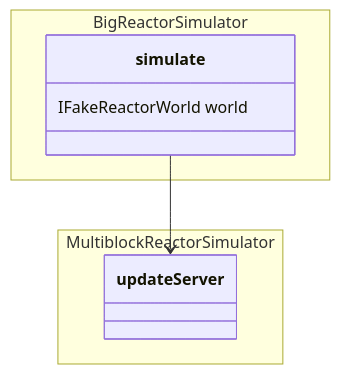
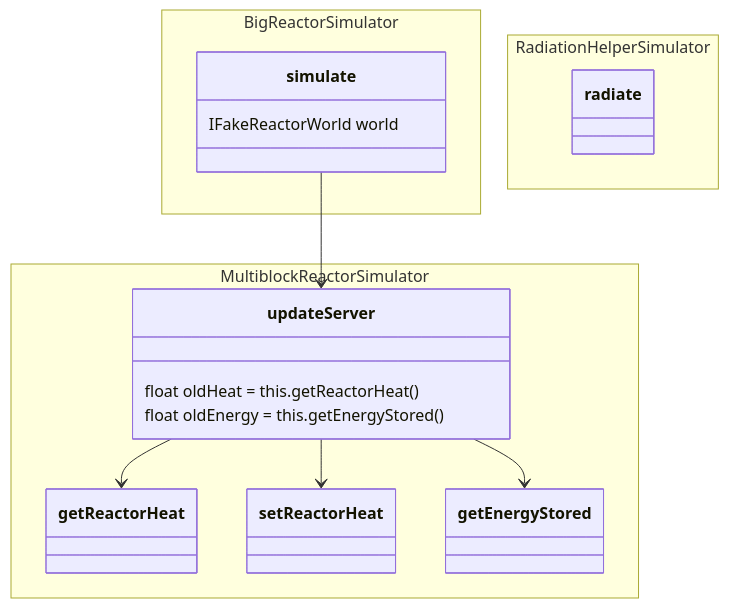
The diagram in documentation/Simulator V1.md (Geldra/reactor_simulator), drawn with Mermaid before and after one commit. The commit also changed 5 other files, not shown here.

````diff
--- a/documentation/Simulator V1.md
+++ b/documentation/Simulator V1.md
@@ -1,17 +1,31 @@
 ```mermaid
 classDiagram
-
 namespace BigReactorSimulator {
 	class simulate {
 		IFakeReactorWorld world
 		
 	}
 }
 
+namespace RadiationHelperSimulator {
+	class radiate {
+		
+	}
+}
+
 namespace MultiblockReactorSimulator {
-	class updateServer
+	class updateServer {
+		float oldHeat = this.getReactorHeat()
+		float oldEnergy = this.getEnergyStored()
+		
+	}
+	class getReactorHeat
+	class setReactorHeat
+	class getEnergyStored
 }
 
 simulate --> updateServer
-
+updateServer --> getReactorHeat
+updateServer --> setReactorHeat
+updateServer --> getEnergyStored
 ```
````
